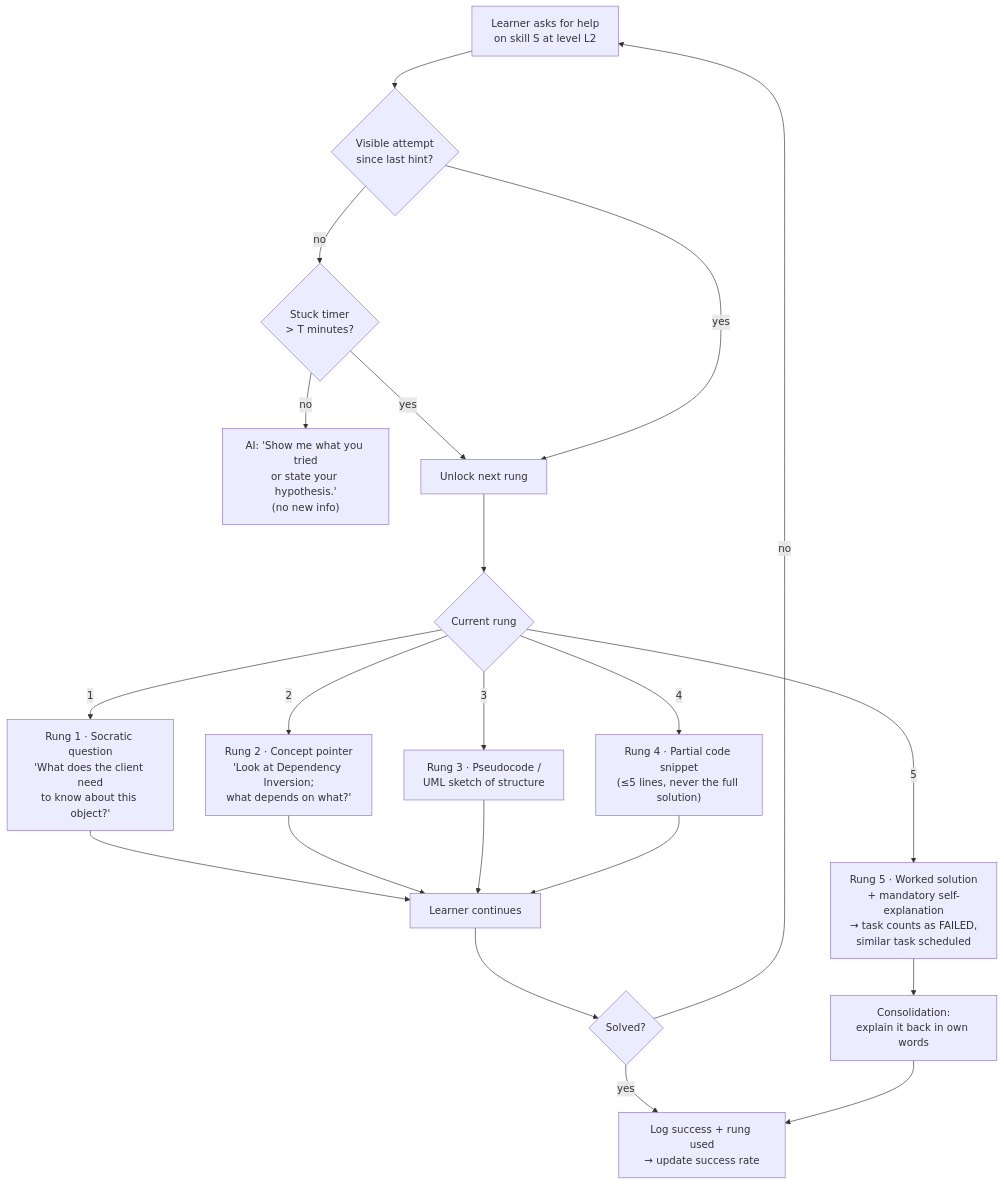
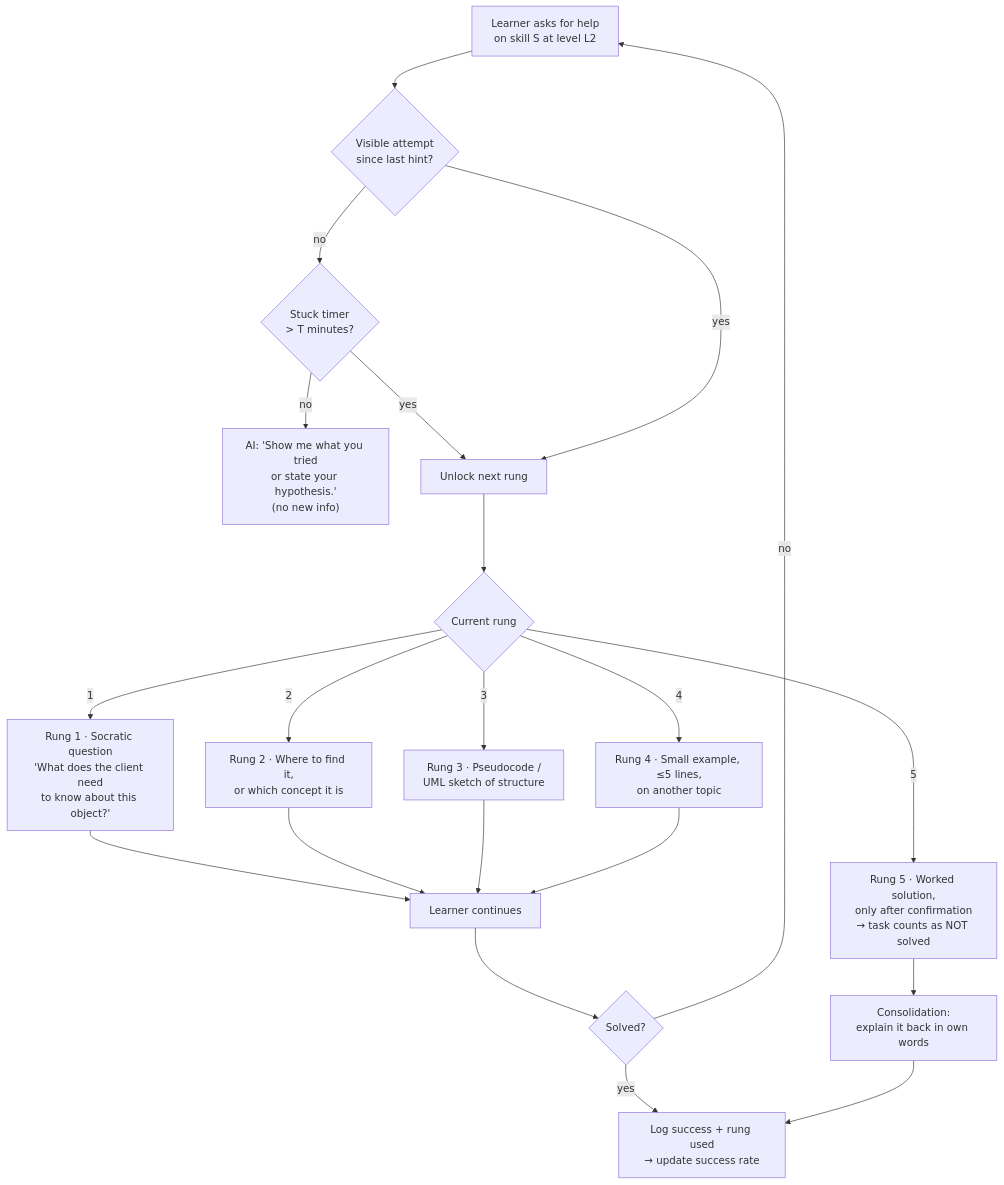
Before and after one commit to piethanegraaf/piethanegraaf.github.io: the fifth of 19 diagrams in docs/en/research.md, drawn with Mermaid. The commit also changed other lines of this file and 9 other files, not shown here.

````diff
--- a/docs/en/research.md
+++ b/docs/en/research.md
@@ -949,20 +991,20 @@
 ```mermaid
 flowchart TD
     A[Learner asks for help<br/>on skill S at level L2] --> B{Visible attempt<br/>since last hint?}
     B -- no --> C{Stuck timer<br/>> T minutes?}
     C -- no --> D["AI: 'Show me what you tried<br/>or state your hypothesis.'<br/>(no new info)"]
     C -- yes --> E[Unlock next rung]
     B -- yes --> E
     E --> F{Current rung}
     F -- 1 --> G["Rung 1 · Socratic question<br/>'What does the client need<br/>to know about this object?'"]
-    F -- 2 --> H["Rung 2 · Concept pointer<br/>'Look at Dependency Inversion;<br/>what depends on what?'"]
+    F -- 2 --> H["Rung 2 · Where to find it,<br/>or which concept it is"]
     F -- 3 --> I["Rung 3 · Pseudocode /<br/>UML sketch of structure"]
-    F -- 4 --> J["Rung 4 · Partial code snippet<br/>(≤5 lines, never the full solution)"]
-    F -- 5 --> K["Rung 5 · Worked solution<br/>+ mandatory self-explanation<br/>→ task counts as FAILED,<br/>similar task scheduled"]
+    F -- 4 --> J["Rung 4 · Small example, ≤5 lines,<br/>on another topic"]
+    F -- 5 --> K["Rung 5 · Worked solution,<br/>only after confirmation<br/>→ task counts as NOT solved"]
     G & H & I & J --> L[Learner continues]
     K --> M[Consolidation:<br/>explain it back in own words]
     L --> N{Solved?}
     N -- yes --> O[Log success + rung used<br/>→ update success rate]
     N -- no --> A
     M --> O
 ```
````
